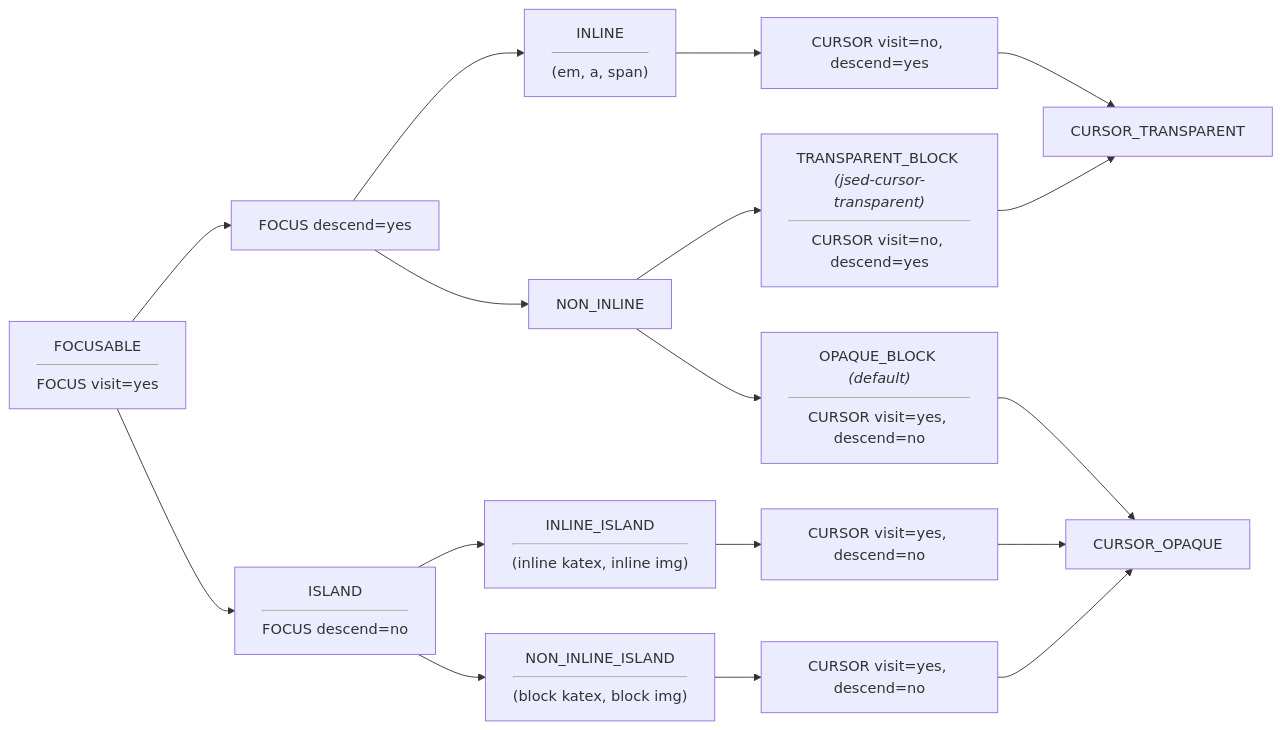
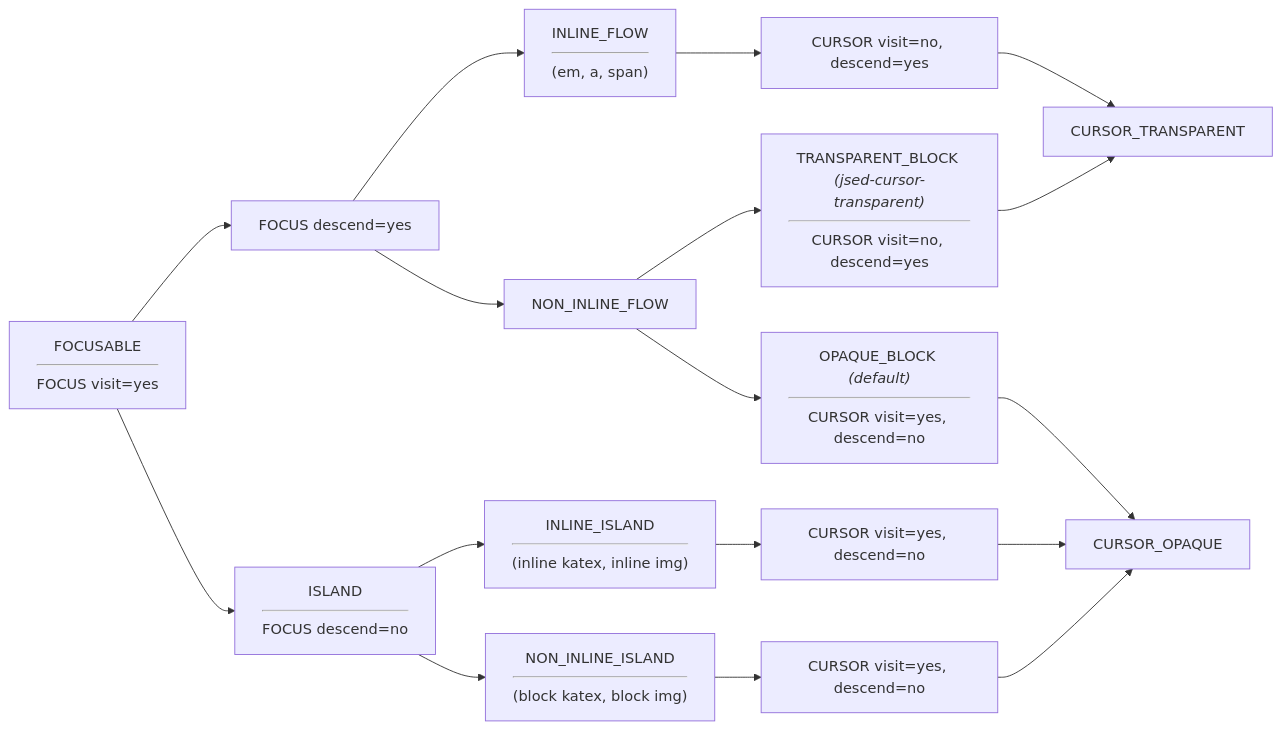
One commit to danielbush/oneput changed the diagram in packages/jsed/docs/vocabulary.md. Above: the diagram before and after it, drawn with Mermaid. The commit also changed other lines of this file and 18 other files, not shown here.

Commit message:
chore(jsed): INLINE -> INLINE_FLOW etc

````diff
--- a/packages/jsed/docs/vocabulary.md
+++ b/packages/jsed/docs/vocabulary.md
@@ -81,37 +91,37 @@
 ```mermaid
 graph LR
     A["FOCUSABLE<hr/>FOCUS visit=yes"] --> B["FOCUS descend=yes"]
     A --> C["ISLAND<hr/>FOCUS descend=no"]
 
-    B --> D["INLINE <hr/>(em, a, span)"]
-    B --> E["NON_INLINE"]
+    B --> D["INLINE_FLOW <hr/>(em, a, span)"]
+    B --> E["NON_INLINE_FLOW"]
 
 
     C --> C1["INLINE_ISLAND <hr/>(inline katex, inline img)"]
     C --> C2["NON_INLINE_ISLAND <hr/>(block katex, block img)"]
 
     %% CURSOR level
 
     D --> D1["CURSOR visit=no, descend=yes"]
     %% D --> D2["visit=yes, descend=no"]
     %% D --> D3["visit=yes, descend=yes"]
     %% D --> D4["visit=no, descend=no"]
 
     E --> E2["TRANSPARENT_BLOCK <br/><em>(jsed-cursor-transparent)</em><hr/>CURSOR visit=no, descend=yes"]
     E --> E1["OPAQUE_BLOCK <br/><em>(default)</em><hr/>CURSOR visit=yes, descend=no"]
 
 
     C1 --> C1a["CURSOR visit=yes, descend=no"]
     C2 --> C2a["CURSOR visit=yes, descend=no"]
 
     F["CURSOR_OPAQUE"]
     G["CURSOR_TRANSPARENT"]
 
     C1a --> F
     C2a --> F
     E1 --> F
     D1 --> G
     E2 --> G
 
 
 ```
````
